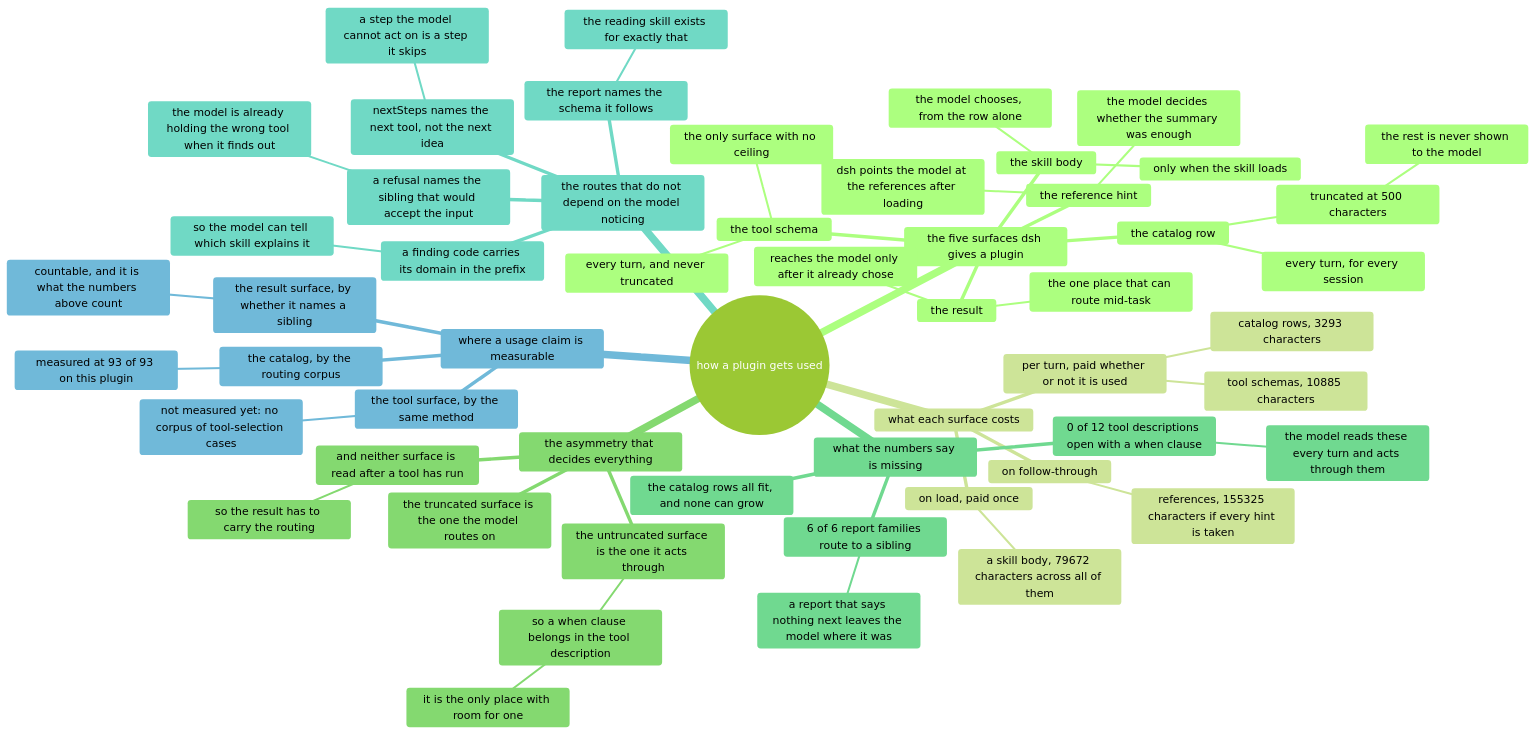
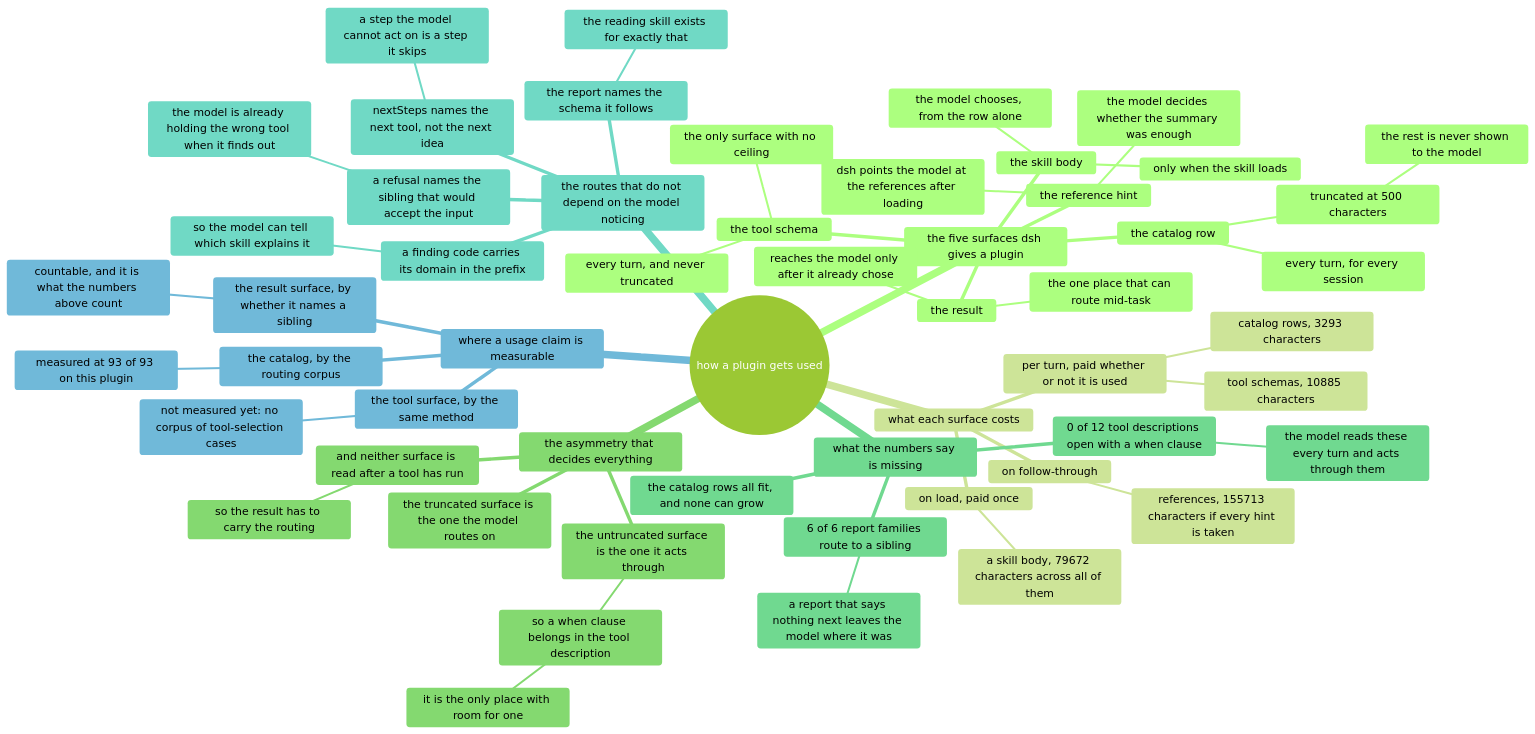
One commit to AmethystLuna/dsh-model-everything changed the diagram in docs/usage/mindmap.mmd. Above: the diagram before and after it, drawn with Mermaid (forest theme). The commit also changed 12 other files, not shown here.

```diff
--- a/docs/usage/mindmap.mmd
+++ b/docs/usage/mindmap.mmd
@@ -1,56 +1,56 @@
 mindmap
 root((how a plugin gets used))
   the five surfaces dsh gives a plugin
     the catalog row
       every turn, for every session
       truncated at 500 characters
         the rest is never shown to the model
     the skill body
       only when the skill loads
       the model chooses, from the row alone
     the reference hint
       dsh points the model at the references after loading
       the model decides whether the summary was enough
     the tool schema
       every turn, and never truncated
       the only surface with no ceiling
     the result
       reaches the model only after it already chose
       the one place that can route mid-task
   what each surface costs
     per turn, paid whether or not it is used
       catalog rows, 3293 characters
       tool schemas, 10885 characters
     on load, paid once
       a skill body, 79672 characters across all of them
     on follow-through
-      references, 155325 characters if every hint is taken
+      references, 155713 characters if every hint is taken
   the asymmetry that decides everything
     the truncated surface is the one the model routes on
     the untruncated surface is the one it acts through
       so a when clause belongs in the tool description
         it is the only place with room for one
     and neither surface is read after a tool has run
       so the result has to carry the routing
   what the numbers say is missing
     0 of 12 tool descriptions open with a when clause
       the model reads these every turn and acts through them
     6 of 6 report families route to a sibling
       a report that says nothing next leaves the model where it was
     the catalog rows all fit, and none can grow
   the routes that do not depend on the model noticing
     a refusal names the sibling that would accept the input
       the model is already holding the wrong tool when it finds out
     nextSteps names the next tool, not the next idea
       a step the model cannot act on is a step it skips
     a finding code carries its domain in the prefix
       so the model can tell which skill explains it
     the report names the schema it follows
       the reading skill exists for exactly that
   where a usage claim is measurable
     the catalog, by the routing corpus
       measured at 93 of 93 on this plugin
     the tool surface, by the same method
       not measured yet: no corpus of tool-selection cases
     the result surface, by whether it names a sibling
       countable, and it is what the numbers above count
```
